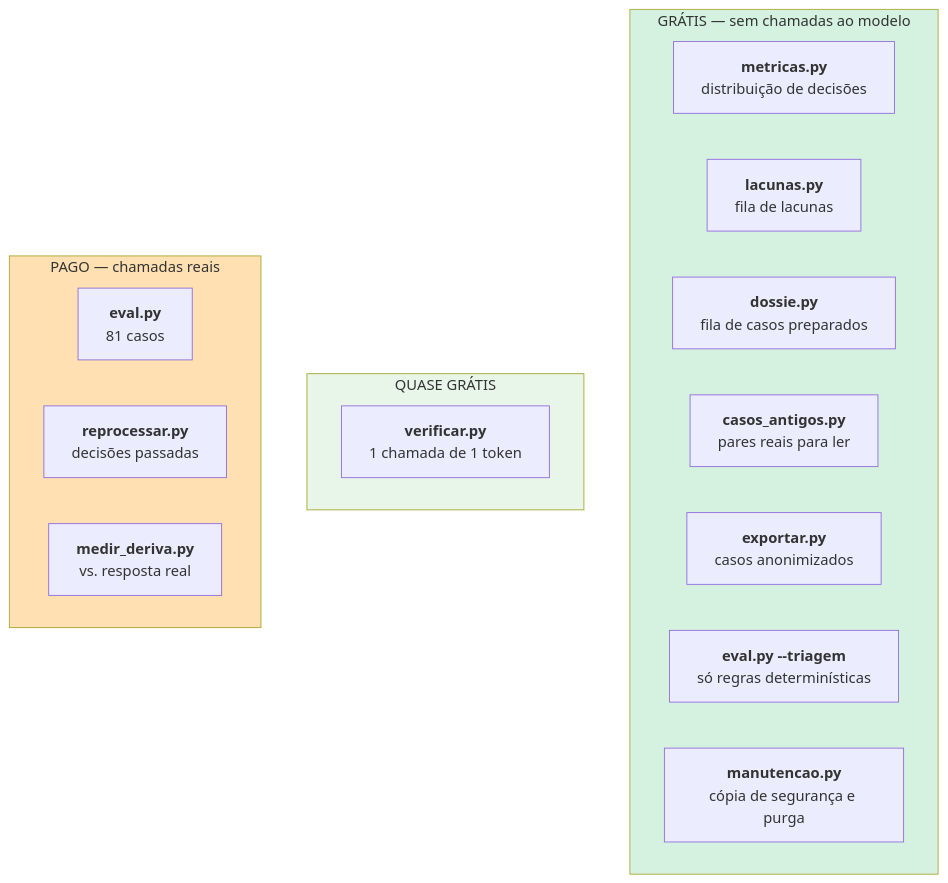
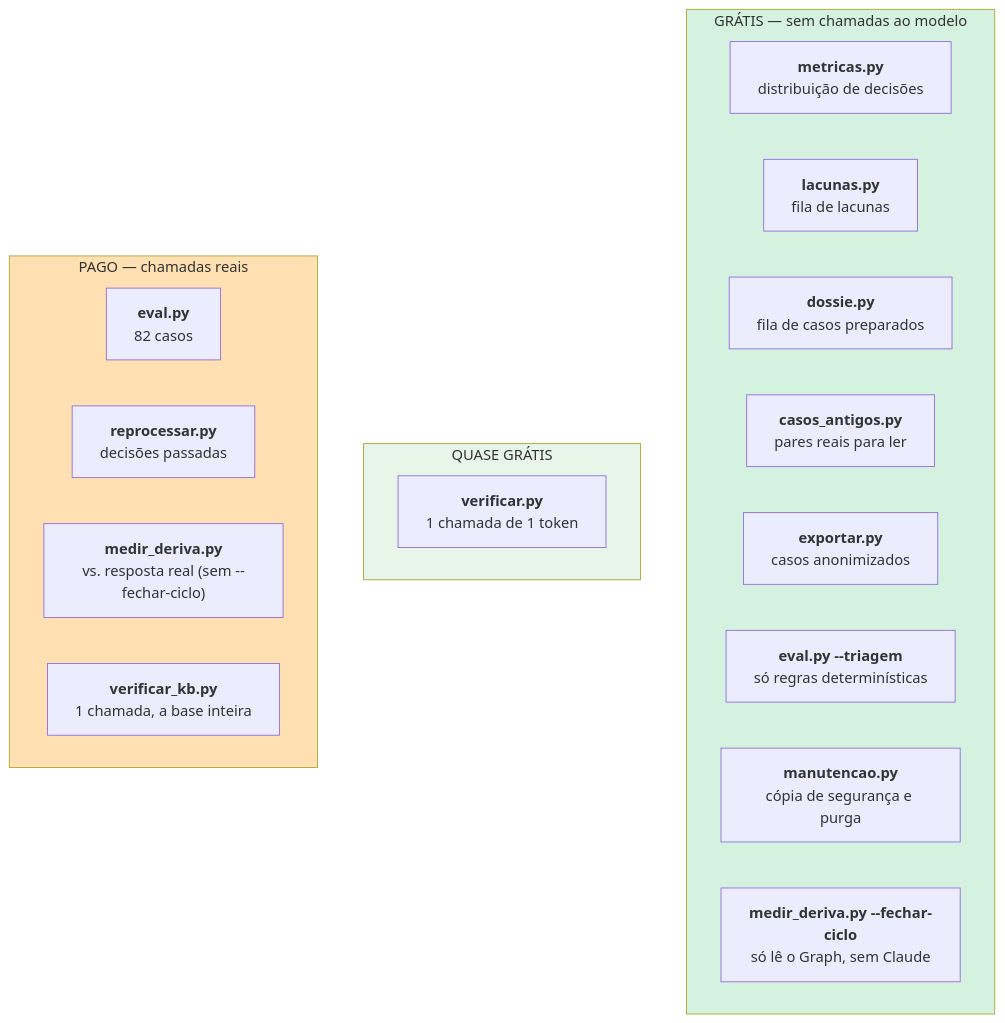
One commit to joaocarvalhini/Outlook-Reply-Assistant changed the diagram in docs/06-engineering/operations.md. Above: the diagram before and after it, drawn with Mermaid. The commit also changed other lines of this file and 18 other files, not shown here.

````diff
--- a/docs/06-engineering/operations.md
+++ b/docs/06-engineering/operations.md
@@ -21,23 +22,25 @@
 ```mermaid
 flowchart TB
     subgraph G["GRÁTIS — sem chamadas ao modelo"]
         G1["<b>metricas.py</b><br/>distribuição de decisões"]
         G2["<b>lacunas.py</b><br/>fila de lacunas"]
         G3["<b>dossie.py</b><br/>fila de casos preparados"]
         G4["<b>casos_antigos.py</b><br/>pares reais para ler"]
         G5["<b>exportar.py</b><br/>casos anonimizados"]
         G6["<b>eval.py --triagem</b><br/>só regras determinísticas"]
         G7["<b>manutencao.py</b><br/>cópia de segurança e purga"]
+        G8["<b>medir_deriva.py --fechar-ciclo</b><br/>só lê o Graph, sem Claude"]
     end
     subgraph Q["QUASE GRÁTIS"]
         Q1["<b>verificar.py</b><br/>1 chamada de 1 token"]
     end
     subgraph P["PAGO — chamadas reais"]
-        P1["<b>eval.py</b><br/>81 casos"]
+        P1["<b>eval.py</b><br/>82 casos"]
         P2["<b>reprocessar.py</b><br/>decisões passadas"]
-        P3["<b>medir_deriva.py</b><br/>vs. resposta real"]
+        P3["<b>medir_deriva.py</b><br/>vs. resposta real (sem --fechar-ciclo)"]
+        P4["<b>verificar_kb.py</b><br/>1 chamada, a base inteira"]
     end
     style G fill:#d5f2e0
     style Q fill:#e8f5e9
     style P fill:#ffe0b2
 ```
````
